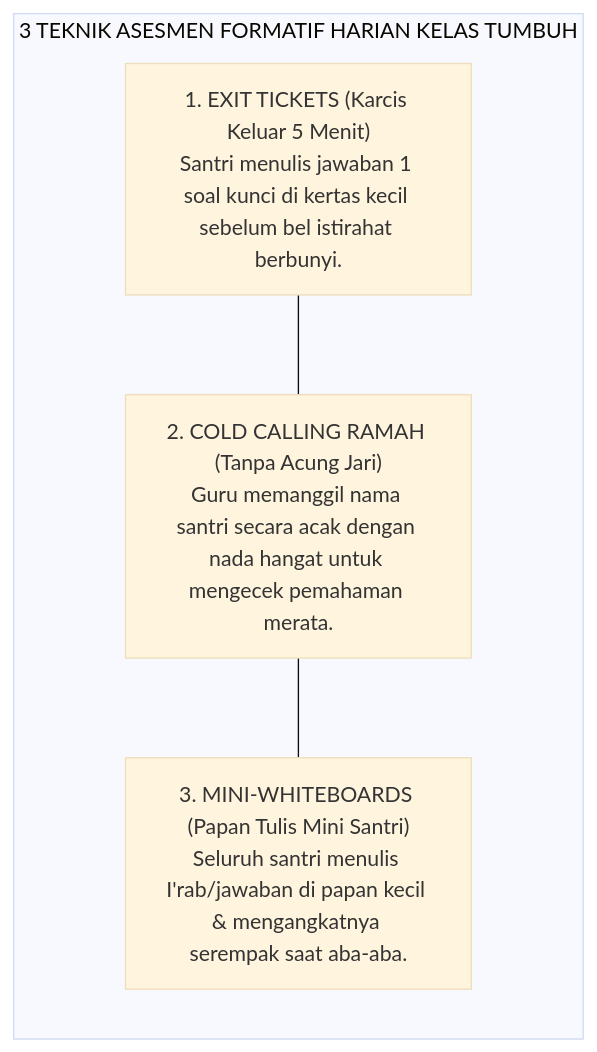
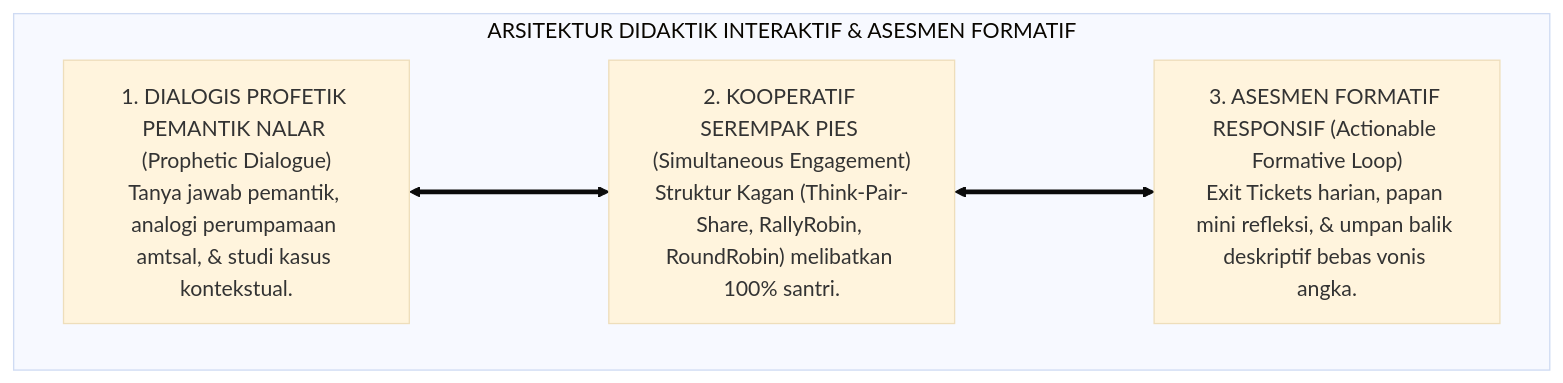
The second of 2 diagrams in 02 Principles/03 Learning Principles/P2-03-04-Prinsip-Didaktik-Interaktif-dan-Asesmen-Formatif.md (wandiapriliyandi/tumbuh), drawn with Mermaid (base theme) before and after one commit. The commit also changed other lines of this file and 6 other files, not shown here.

````diff
--- a/02 Principles/03 Learning Principles/P2-03-04-Prinsip-Didaktik-Interaktif-dan-Asesmen-Formatif.md
+++ b/02 Principles/03 Learning Principles/P2-03-04-Prinsip-Didaktik-Interaktif-dan-Asesmen-Formatif.md
@@ -149,12 +116,13 @@
 ```mermaid
-graph LR
-    subgraph TigaTeknikAsesmenFormatifCepat["3 TEKNIK ASESMEN FORMATIF HARIAN KELAS TUMBUH"]
-        ExitTicket["1. EXIT TICKETS (Karcis Keluar 5 Menit)<br/>Santri menulis jawaban 1 soal kunci di kertas kecil sebelum bel istirahat berbunyi."]
+flowchart TD
+    subgraph ArsitekturDidaktikTUMBUH["ARSITEKTUR DIDAKTIK INTERAKTIF & ASESMEN FORMATIF"]
         
-        ColdCalling["2. COLD CALLING RAMAH (Tanpa Acung Jari)<br/>Guru memanggil nama santri secara acak dengan nada hangat untuk mengecek pemahaman merata."]
+        D1_Sayap["1. DIALOGIS PROFETIK PEMANTIK NALAR (Prophetic Dialogue)<br/>Tanya jawab pemantik, analogi perumpamaan amtsal, & studi kasus kontekstual."]
         
-        MiniBoard["3. MINI-WHITEBOARDS (Papan Tulis Mini Santri)<br/>Seluruh santri menulis I'rab/jawaban di papan kecil & mengangkatnya serempak saat aba-aba."]
+        D2_Sayap["2. KOOPERATIF SEREMPAK PIES (Simultaneous Engagement)<br/>Struktur Kagan (Think-Pair-Share, RallyRobin, RoundRobin) melibatkan 100% santri."]
         
-        ExitTicket --- ColdCalling --- MiniBoard
+        D3_Sayap["3. ASESMEN FORMATIF RESPONSIF (Actionable Formative Loop)<br/>Exit Tickets harian, papan mini refleksi, & umpan balik deskriptif bebas vonis angka."]
+        
+        D1_Sayap <===> D2_Sayap <===> D3_Sayap
     end
 ```
````
